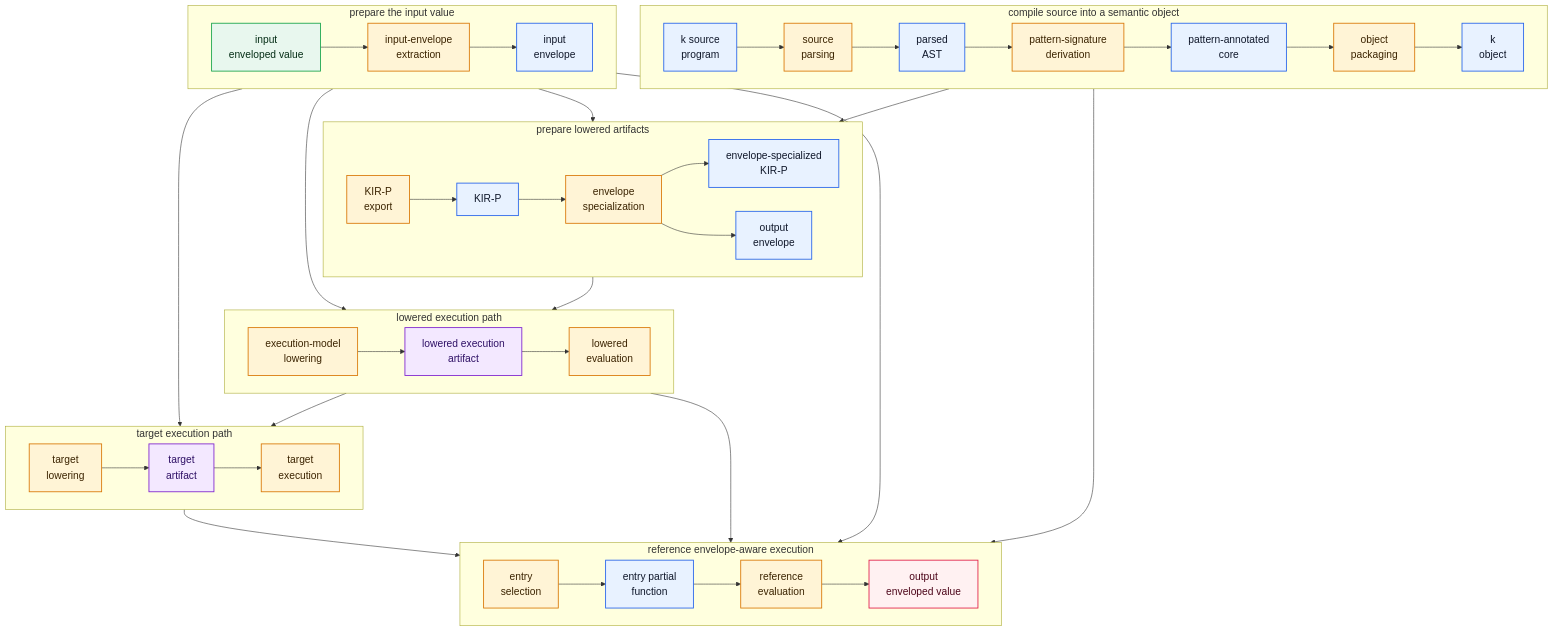
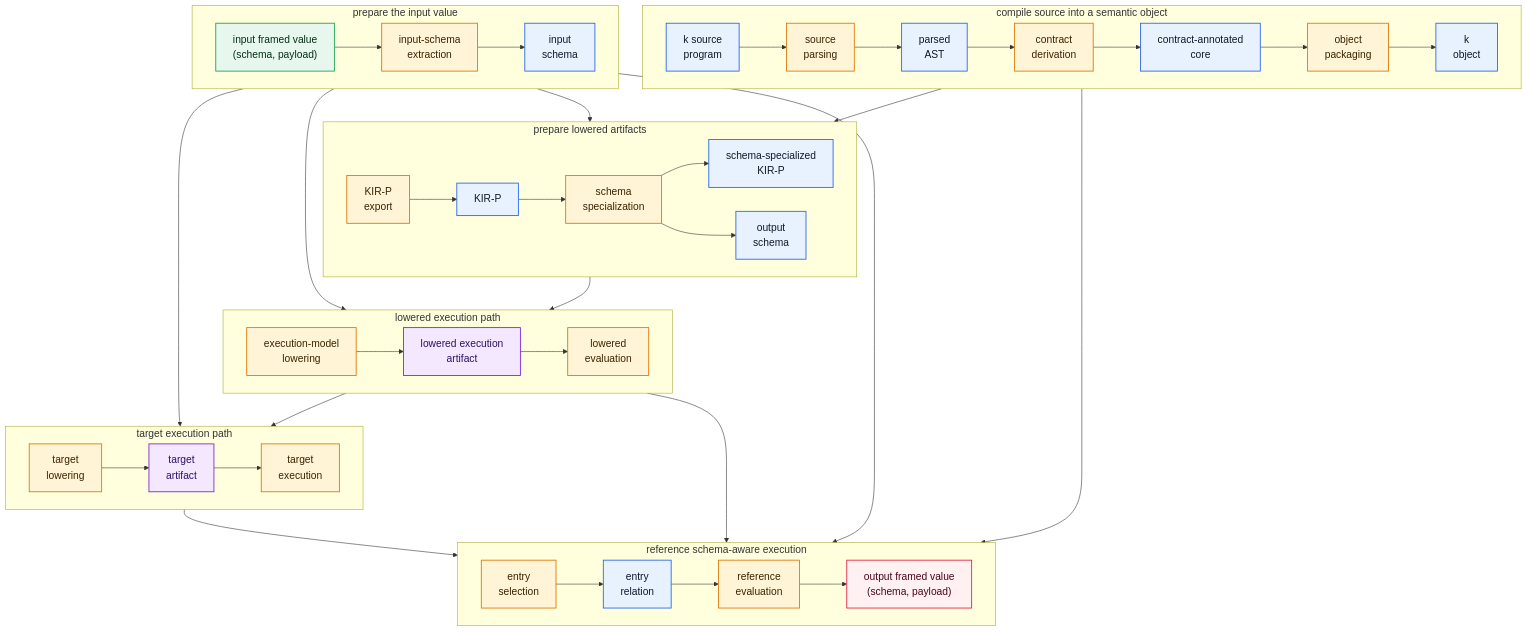
The first of 4 diagrams in DOCS/DICTIONARY.md (fraczak/k), drawn with Mermaid before and after one commit. The commit also changed other lines of this file and 8 other files, not shown here.

Commit message:
Update documentation narrative to Schemas, Contracts, Filters, and Framed Payloads

````diff
--- a/DOCS/DICTIONARY.md
+++ b/DOCS/DICTIONARY.md
@@ -456,76 +449,76 @@
 ```mermaid
 %%{init: {"flowchart": {"htmlLabels": true, "nodeSpacing": 42, "rankSpacing": 58}, "themeVariables": {"fontSize": "18px"}} }%%
 flowchart TB
   classDef artifact fill:#e8f2ff,stroke:#2563eb,stroke-width:1.5px,color:#0f172a;
   classDef transform fill:#fff4d6,stroke:#d97706,stroke-width:1.5px,color:#3b2300;
   classDef value fill:#e8f7ee,stroke:#16a34a,stroke-width:1.5px,color:#052e16;
   classDef lowered fill:#f3e8ff,stroke:#7e22ce,stroke-width:1.5px,color:#2e1065;
   classDef result fill:#fff1f2,stroke:#e11d48,stroke-width:1.5px,color:#4c0519;
 
   subgraph Compile["compile source into a semantic object"]
     direction LR
     Src["k source<br/>program"]:::artifact
     Parse["source<br/>parsing"]:::transform
     AST["parsed<br/>AST"]:::artifact
-    Annotate["pattern-signature<br/>derivation"]:::transform
-    Core["pattern-annotated<br/>core"]:::artifact
+    Annotate["contract<br/>derivation"]:::transform
+    Core["contract-annotated<br/>core"]:::artifact
     Package["object<br/>packaging"]:::transform
     Object["k<br/>object"]:::artifact
     Src --> Parse --> AST --> Annotate --> Core --> Package --> Object
   end
 
   subgraph Input["prepare the input value"]
     direction LR
-    InputValue["input<br/>enveloped value"]:::value
-    ExtractEnvelope["input-envelope<br/>extraction"]:::transform
-    InputEnvelope["input<br/>envelope"]:::artifact
+    InputValue["input framed value<br/>(schema, payload)"]:::value
+    ExtractEnvelope["input-schema<br/>extraction"]:::transform
+    InputEnvelope["input<br/>schema"]:::artifact
     InputValue --> ExtractEnvelope --> InputEnvelope
   end
 
-  subgraph Reference["reference envelope-aware execution"]
+  subgraph Reference["reference schema-aware execution"]
     direction LR
     Select["entry<br/>selection"]:::transform
-    EntryFunction["entry partial<br/>function"]:::artifact
+    EntryFunction["entry<br/>relation"]:::artifact
     ReferenceRun["reference<br/>evaluation"]:::transform
-    OutputValue["output<br/>enveloped value"]:::result
+    OutputValue["output framed value<br/>(schema, payload)"]:::result
     Select --> EntryFunction --> ReferenceRun --> OutputValue
   end
 
   subgraph KIRPrep["prepare lowered artifacts"]
     direction LR
     ExportKIR["KIR-P<br/>export"]:::transform
     KIRP["KIR-P"]:::artifact
-    Specialize["envelope<br/>specialization"]:::transform
-    SpecializedKIRP["envelope-specialized<br/>KIR-P"]:::artifact
-    OutputEnvelope["output<br/>envelope"]:::artifact
+    Specialize["schema<br/>specialization"]:::transform
+    SpecializedKIRP["schema-specialized<br/>KIR-P"]:::artifact
+    OutputEnvelope["output<br/>schema"]:::artifact
     ExportKIR --> KIRP --> Specialize --> SpecializedKIRP
     Specialize --> OutputEnvelope
   end
 
   subgraph LoweredPath["lowered execution path"]
     direction LR
     LowerModel["execution-model<br/>lowering"]:::transform
     LoweredArtifact["lowered execution<br/>artifact"]:::lowered
     ExecuteLowered["lowered<br/>evaluation"]:::transform
     LowerModel --> LoweredArtifact --> ExecuteLowered
   end
 
   subgraph TargetPath["target execution path"]
     direction LR
     TargetLowering["target<br/>lowering"]:::transform
     TargetArtifact["target<br/>artifact"]:::lowered
     TargetExecution["target<br/>execution"]:::transform
     TargetLowering --> TargetArtifact --> TargetExecution
   end
 
   Object --> Select
   InputValue --> ReferenceRun
   Object --> ExportKIR
   InputEnvelope --> Specialize
   SpecializedKIRP --> LowerModel
   LoweredArtifact --> TargetLowering
   InputValue --> ExecuteLowered
   InputValue --> TargetExecution
   ExecuteLowered --> OutputValue
   TargetExecution --> OutputValue
 ```
````
